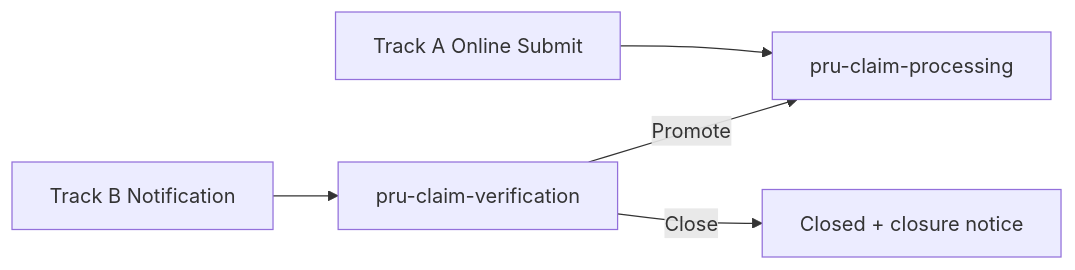
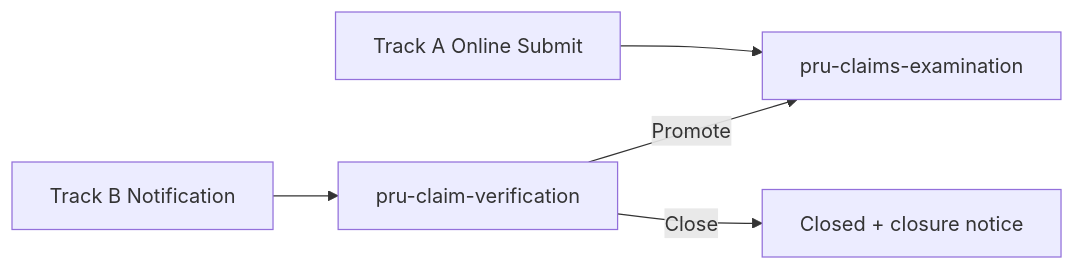
Before and after one commit to Avinashkumar8694/prudential-claims-bpm: the first of 2 diagrams in docs/pru_claim_verification_solution.md, drawn with Mermaid. The commit also changed other lines of this file and 7 other files, not shown here.

Commit message:
feat: renamed pru-claims-processing to pru-claims-examination

````diff
--- a/docs/pru_claim_verification_solution.md
+++ b/docs/pru_claim_verification_solution.md
@@ -22,7 +22,7 @@
 ```mermaid
 graph LR
     N[Track B Notification] --> V[pru-claim-verification]
-    V -- Promote --> P[pru-claim-processing]
+    V -- Promote --> P[pru-claims-examination]
     V -- Close --> C[Closed + closure notice]
     A[Track A Online Submit] --> P
 ```
````
